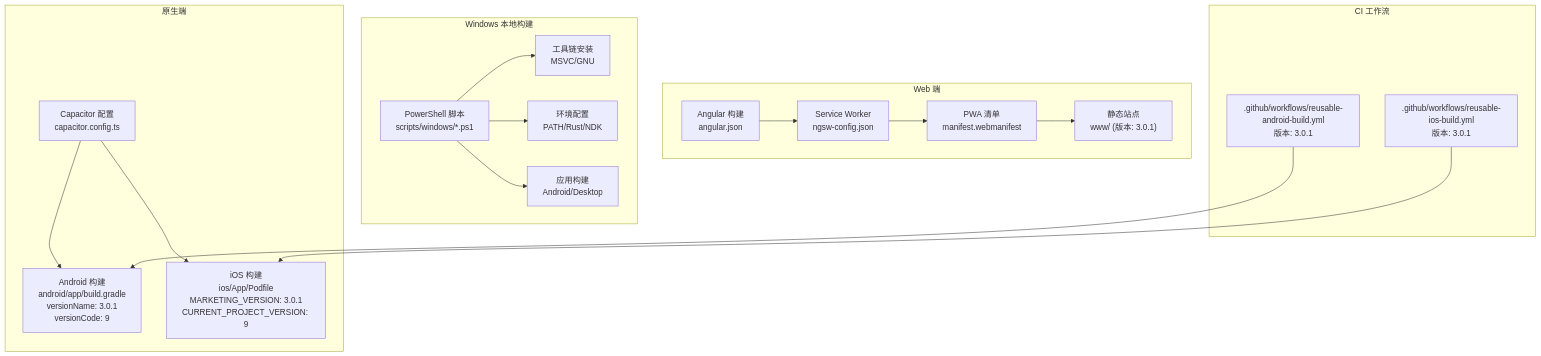
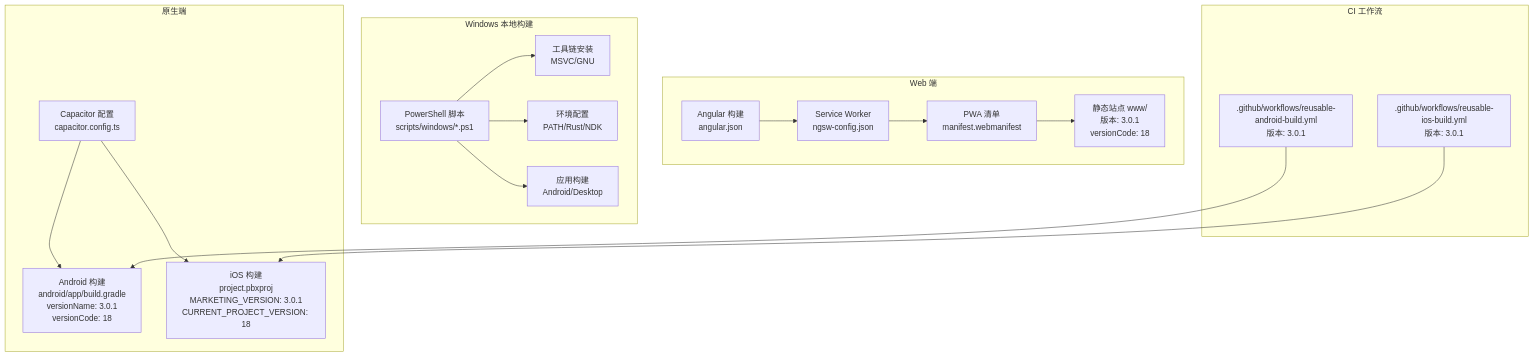
Before and after one commit to tea4go/Macro-Deck-Client-App: the second of 9 diagrams in .qoder/repowiki/zh/content/构建与部署/平台部署/平台部署.md, drawn with Mermaid. The commit also changed other lines of this file and 50 other files, not shown here.

````diff
--- a/.qoder/repowiki/zh/content/构建与部署/平台部署/平台部署.md
+++ b/.qoder/repowiki/zh/content/构建与部署/平台部署/平台部署.md
@@ -119,21 +90,21 @@
 ```mermaid
 graph TB
 subgraph "Web 端"
 W1["Angular 构建<br/>angular.json"] --> W2["Service Worker<br/>ngsw-config.json"]
 W2 --> W3["PWA 清单<br/>manifest.webmanifest"]
-W3 --> W4["静态站点<br/>www/ (版本: 3.0.1)"]
+W3 --> W4["静态站点 www/<br/>版本: 3.0.1<br/>versionCode: 18"]
 end
 subgraph "原生端"
-N1["Capacitor 配置<br/>capacitor.config.ts"] --> N2["Android 构建<br/>android/app/build.gradle<br/>versionName: 3.0.1<br/>versionCode: 9"]
-N1 --> N3["iOS 构建<br/>ios/App/Podfile<br/>MARKETING_VERSION: 3.0.1<br/>CURRENT_PROJECT_VERSION: 9"]
+N1["Capacitor 配置<br/>capacitor.config.ts"] --> N2["Android 构建<br/>android/app/build.gradle<br/>versionName: 3.0.1<br/>versionCode: 18"]
+N1 --> N3["iOS 构建<br/>project.pbxproj<br/>MARKETING_VERSION: 3.0.1<br/>CURRENT_PROJECT_VERSION: 18"]
 end
 subgraph "Windows 本地构建"
 WIN1["PowerShell 脚本<br/>scripts/windows/*.ps1"] --> WIN2["工具链安装<br/>MSVC/GNU"]
 WIN1 --> WIN3["环境配置<br/>PATH/Rust/NDK"]
 WIN1 --> WIN4["应用构建<br/>Android/Desktop"]
 end
 subgraph "CI 工作流"
 C1[".github/workflows/reusable-android-build.yml<br/>版本: 3.0.1"] --> N2
 C2[".github/workflows/reusable-ios-build.yml<br/>版本: 3.0.1"] --> N3
 end
 ```
````
